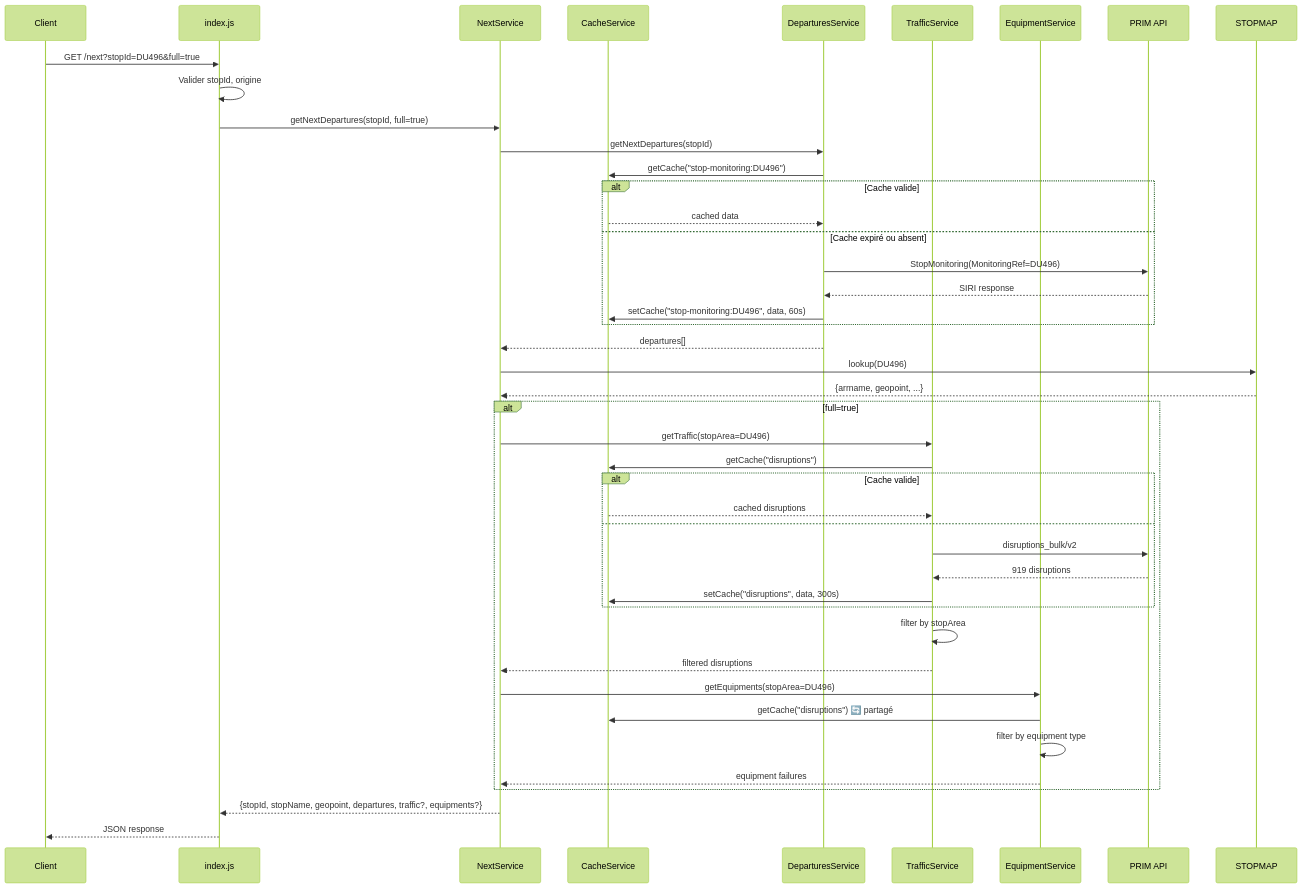
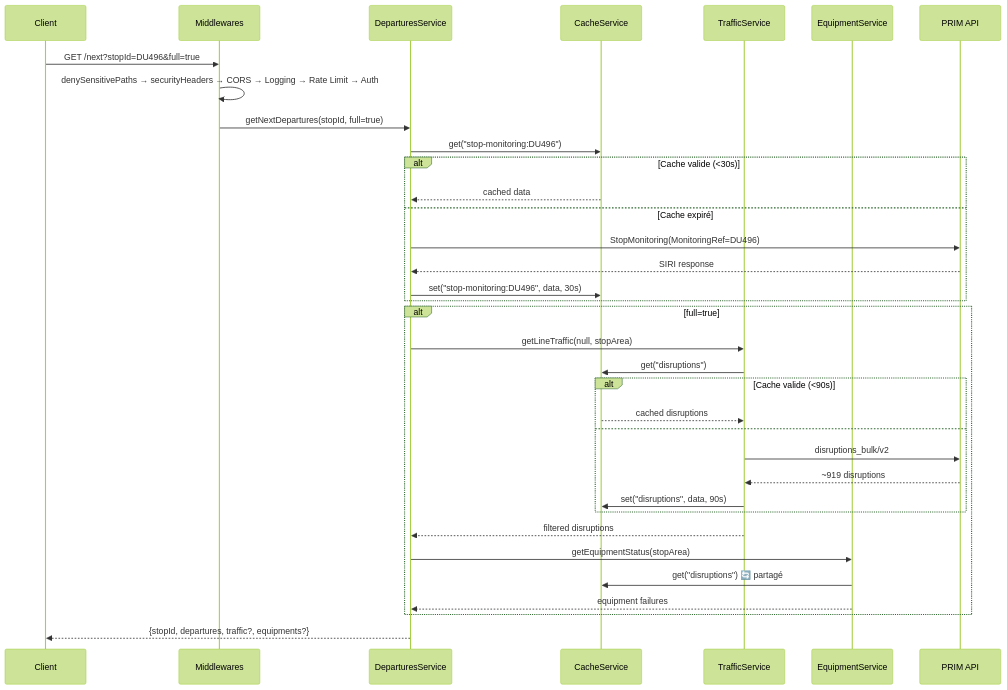
Before and after one commit to leolesimple/ISA: the second of 3 diagrams in docs/ARCHITECTURE.md, drawn with Mermaid (forest theme). The commit also changed other lines of this file and 21 other files, not shown here.

````diff
--- a/docs/ARCHITECTURE.md
+++ b/docs/ARCHITECTURE.md
@@ -94,51 +120,42 @@
 ```mermaid
 sequenceDiagram
     participant C as Client
-    participant I as index.js
-    participant NS as NextService
+    participant SEC as Middlewares
+    participant DS as DeparturesService
     participant CS as CacheService
-    participant DS as DeparturesService
     participant TS as TrafficService
     participant ES as EquipmentService
     participant P as PRIM API
 
-    C->>I: GET /next?stopId=DU496&full=true
-    I->>I: Valider stopId, origine
-    I->>NS: getNextDepartures(stopId, full=true)
+    C->>SEC: GET /next?stopId=DU496&full=true
+    SEC->>SEC: denySensitivePaths → securityHeaders → CORS → Logging → Rate Limit → Auth
+    SEC->>DS: getNextDepartures(stopId, full=true)
     
-    NS->>DS: getNextDepartures(stopId)
-    DS->>CS: getCache("stop-monitoring:DU496")
-    alt Cache valide
+    DS->>CS: get("stop-monitoring:DU496")
+    alt Cache valide (<30s)
         CS-->>DS: cached data
-    else Cache expiré ou absent
+    else Cache expiré
         DS->>P: StopMonitoring(MonitoringRef=DU496)
         P-->>DS: SIRI response
-        DS->>CS: setCache("stop-monitoring:DU496", data, 60s)
+        DS->>CS: set("stop-monitoring:DU496", data, 30s)
     end
-    DS-->>NS: departures[]
-
-    NS->>STOPMAP: lookup(DU496)
-    STOPMAP-->>NS: {arrname, geopoint, ...}
 
     alt full=true
-        NS->>TS: getTraffic(stopArea=DU496)
-        TS->>CS: getCache("disruptions")
-        alt Cache valide
+        DS->>TS: getLineTraffic(null, stopArea)
+        TS->>CS: get("disruptions")
+        alt Cache valide (<90s)
             CS-->>TS: cached disruptions
         else
             TS->>P: disruptions_bulk/v2
-            P-->>TS: 919 disruptions
-            TS->>CS: setCache("disruptions", data, 300s)
+            P-->>TS: ~919 disruptions
+            TS->>CS: set("disruptions", data, 90s)
         end
-        TS->>TS: filter by stopArea
-        TS-->>NS: filtered disruptions
+        TS-->>DS: filtered disruptions
         
-        NS->>ES: getEquipments(stopArea=DU496)
-        ES->>CS: getCache("disruptions") 🔄 partagé
-        ES->>ES: filter by equipment type
-        ES-->>NS: equipment failures
+        DS->>ES: getEquipmentStatus(stopArea)
+        ES->>CS: get("disruptions") 🔄 partagé
+        ES-->>DS: equipment failures
     end
 
-    NS-->>I: {stopId, stopName, geopoint, departures, traffic?, equipments?}
-    I-->>C: JSON response
+    DS-->>C: {stopId, departures, traffic?, equipments?}
 ```
````
